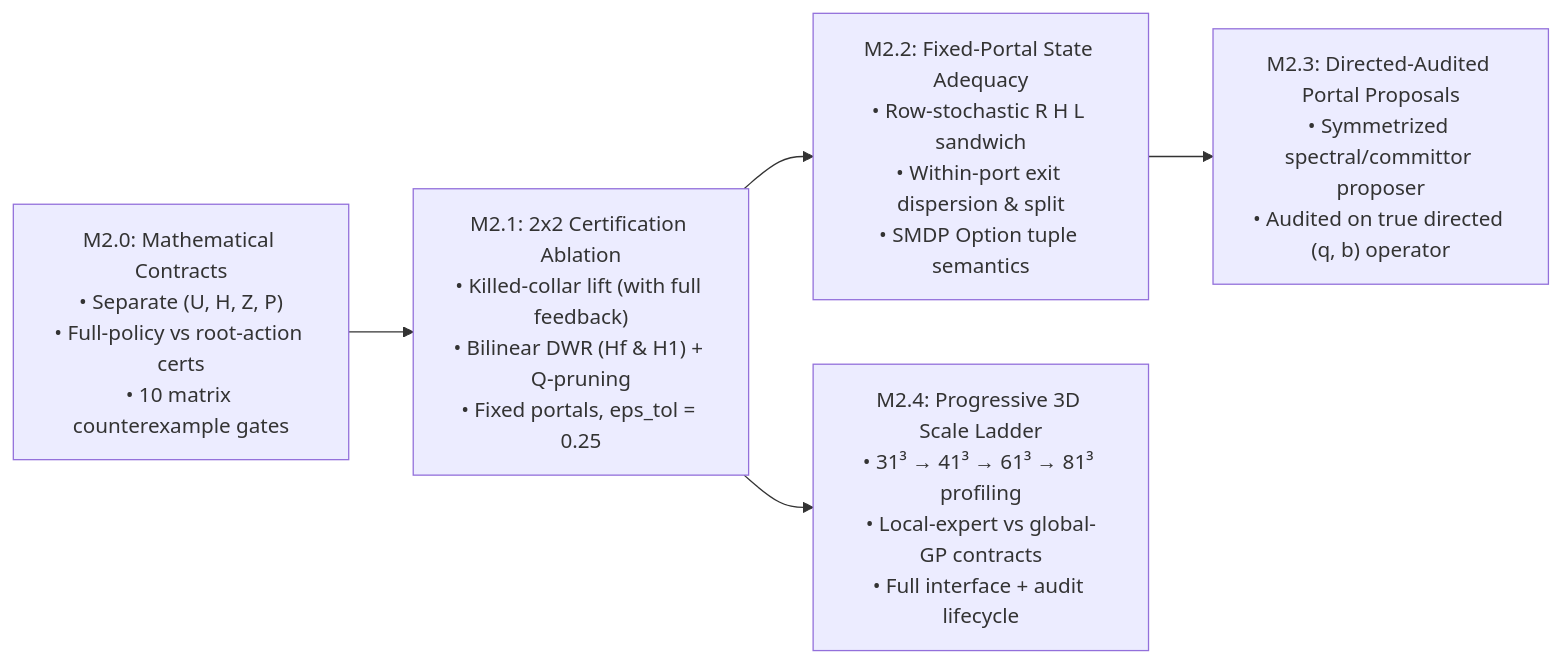
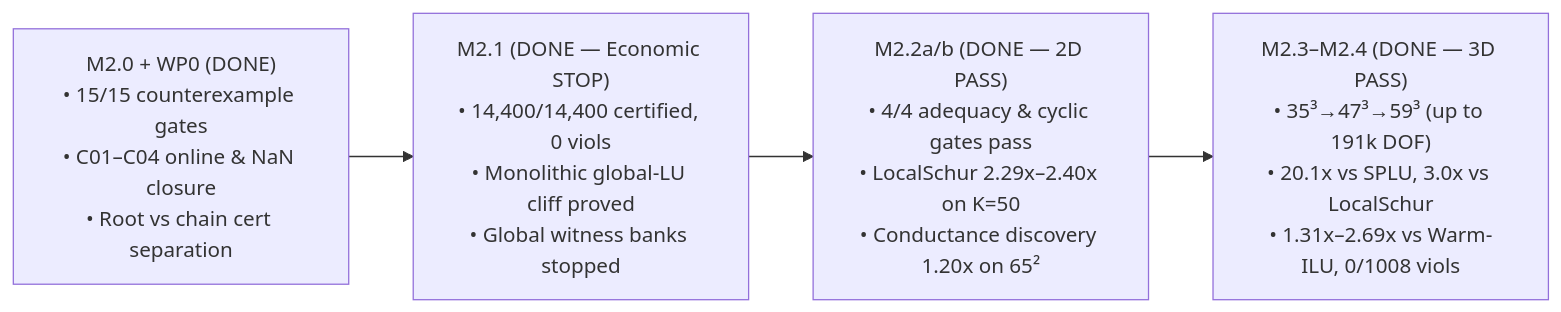
One commit to erzhu419/Auditable-Coarse-to-Fine-Quotient-Planning changed the diagram in green_response/NEXT_PHASE_RESEARCH_ROADMAP.md. Above: the diagram before and after it, drawn with Mermaid. The commit also changed other lines of this file and 14 other files, not shown here.

Commit message:
feat(quotient-phase2): complete v10 WP0 closure, M2.2a/b portal pilot, and M2.3/M2.4 3D seam-free scale & continual suite

````diff
--- a/green_response/NEXT_PHASE_RESEARCH_ROADMAP.md
+++ b/green_response/NEXT_PHASE_RESEARCH_ROADMAP.md
@@ -16,7 +17,6 @@
 ```mermaid
 flowchart LR
-    M20["M2.0: Mathematical Contracts\n• Separate (U, H, Z, P)\n• Full-policy vs root-action certs\n• 10 matrix counterexample gates"] --> M21["M2.1: 2x2 Certification Ablation\n• Killed-collar lift (with full feedback)\n• Bilinear DWR (Hf & H1) + Q-pruning\n• Fixed portals, eps_tol = 0.25"]
-    M21 --> M22["M2.2: Fixed-Portal State Adequacy\n• Row-stochastic R H L sandwich\n• Within-port exit dispersion & split\n• SMDP Option tuple semantics"]
-    M22 --> M23["M2.3: Directed-Audited Portal Proposals\n• Symmetrized spectral/committor proposer\n• Audited on true directed (q, b) operator"]
-    M21 --> M24["M2.4: Progressive 3D Scale Ladder\n• 31³ → 41³ → 61³ → 81³ profiling\n• Local-expert vs global-GP contracts\n• Full interface + audit lifecycle"]
+    M20["M2.0 + WP0 (DONE)\n• 15/15 counterexample gates\n• C01–C04 online & NaN closure\n• Root vs chain cert separation"] --> M21["M2.1 (DONE — Economic STOP)\n• 14,400/14,400 certified, 0 viols\n• Monolithic global-LU cliff proved\n• Global witness banks stopped"]
+    M21 --> M22["M2.2a/b (DONE — 2D PASS)\n• 4/4 adequacy & cyclic gates pass\n• LocalSchur 2.29x–2.40x on K=50\n• Conductance discovery 1.20x on 65²"]
+    M22 --> M23["M2.3–M2.4 (DONE — 3D PASS)\n• 35³→47³→59³ (up to 191k DOF)\n• 20.1x vs SPLU, 3.0x vs LocalSchur\n• 1.31x–2.69x vs Warm-ILU, 0/1008 viols"]
 ```
````
